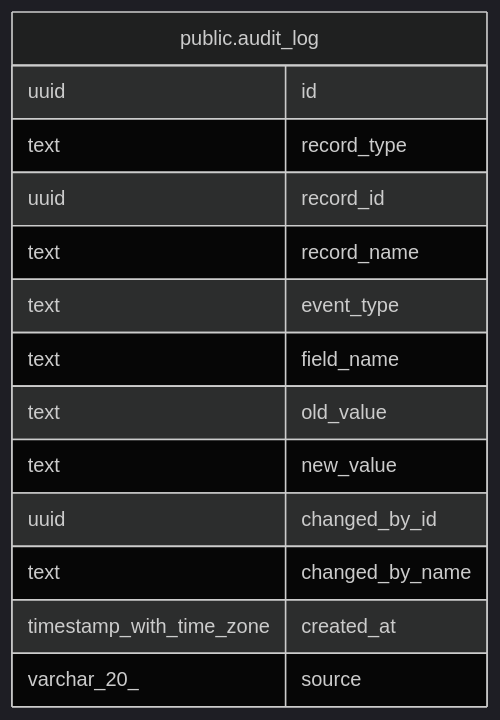
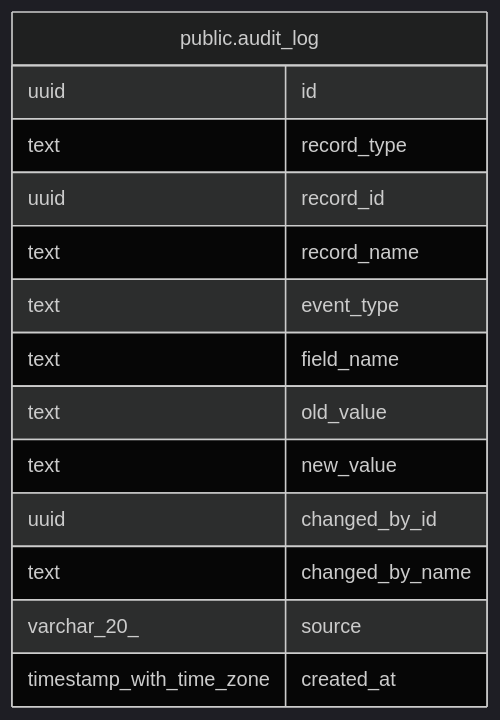
The diagram in docs/schema/public.audit_log.md (rkseattle/minicrm), drawn with Mermaid (dark theme) before and after one commit. The commit also changed other lines of this file and 21 other files, not shown here.

First line of the commit message:
feat(db): add schema for relationship health scoring and follow-up timing

````diff
--- a/docs/schema/public.audit_log.md
+++ b/docs/schema/public.audit_log.md
@@ -50,19 +50,19 @@
 ```mermaid
 erDiagram
 
 
 "public.audit_log" {
   uuid id ""
   text record_type ""
   uuid record_id ""
   text record_name ""
   text event_type ""
   text field_name ""
   text old_value ""
   text new_value ""
   uuid changed_by_id ""
   text changed_by_name ""
+  varchar_20_ source ""
   timestamp_with_time_zone created_at ""
-  varchar_20_ source ""
 }
 ```
````
